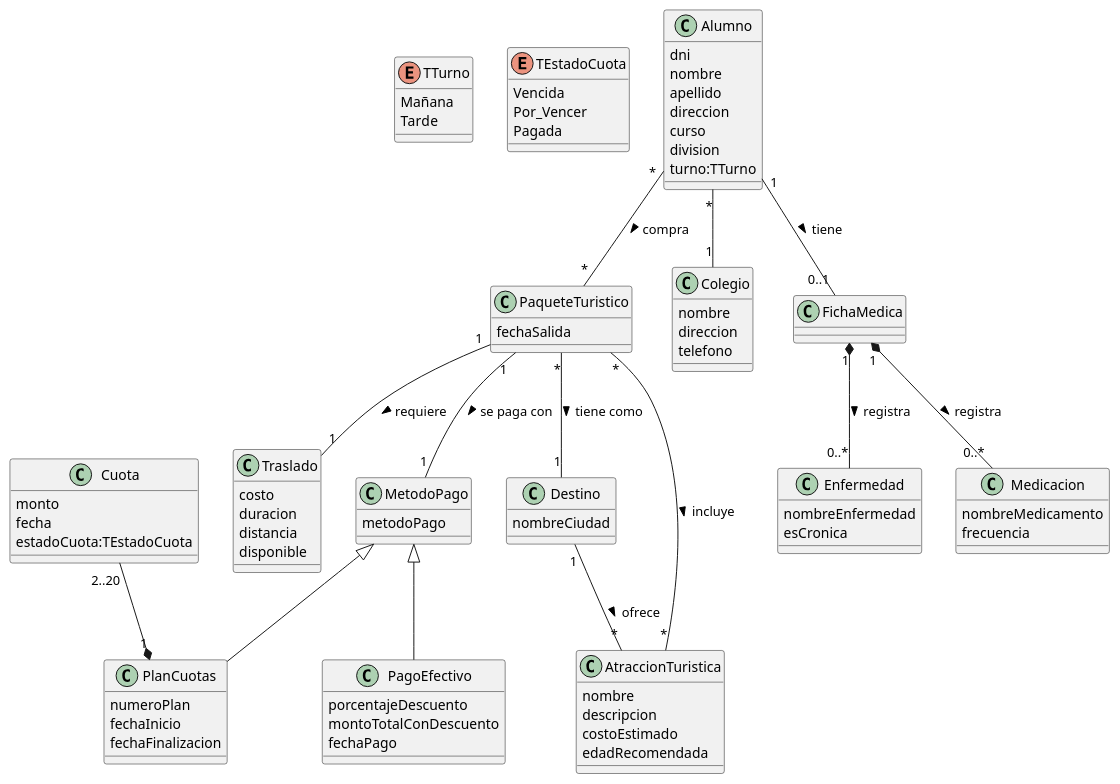
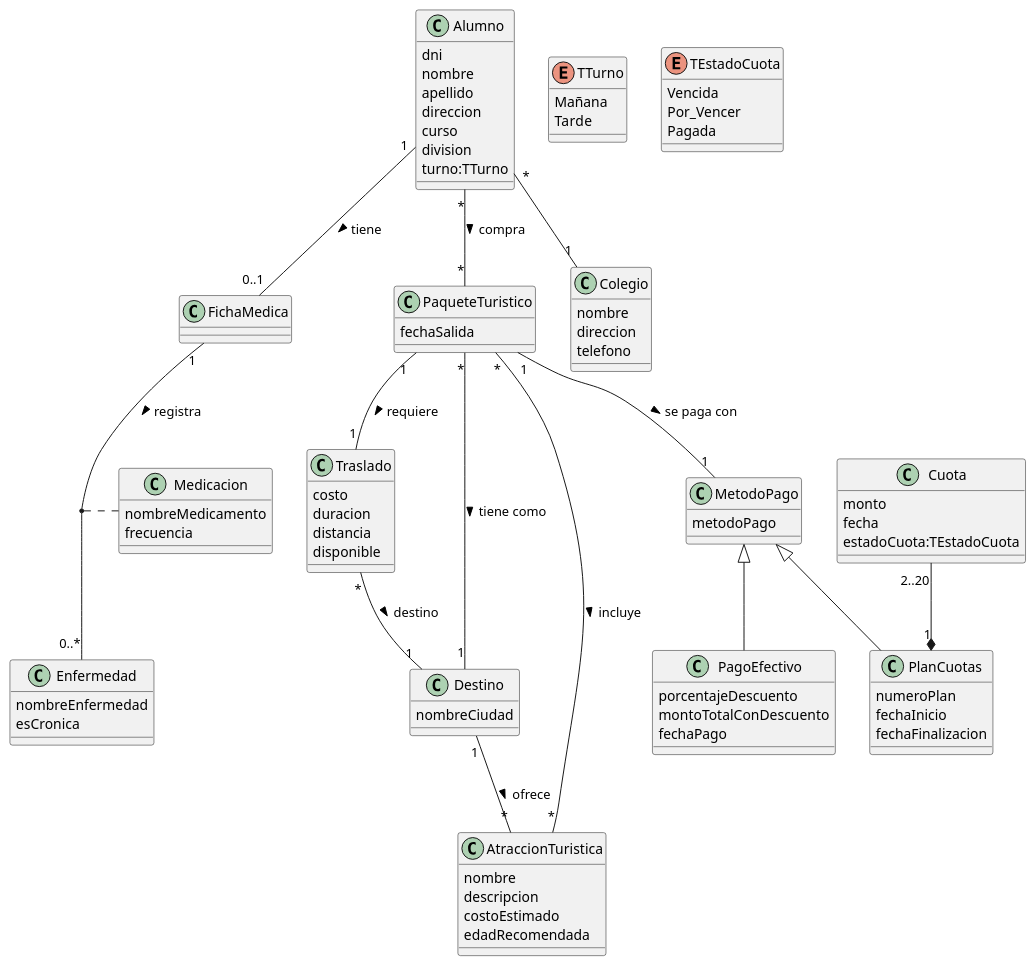
Before and after one commit to lau-luna/uni-2026: the diagram in ingenieria-de-software/practico/practico1/ejercicio-5.puml, drawn with PlantUML. The commit also changed 422 other files, not shown here.

```diff
--- a/ingenieria-de-software/practico/practico1/ejercicio-5.puml
+++ b/ingenieria-de-software/practico/practico1/ejercicio-5.puml
@@ -1,113 +1,115 @@
 @startuml
 
 enum TTurno {
   Mañana
   Tarde
 }
 
 enum TEstadoCuota {
   Vencida
   Por_Vencer
   Pagada
 }
 
 class Destino {
   nombreCiudad
 }
 
 class AtraccionTuristica {
   nombre
   descripcion
   costoEstimado
   edadRecomendada
 }
 
 Destino "1" -- "*" AtraccionTuristica : ofrece >
 
 class Traslado {
   costo
   duracion
   distancia
   disponible
 }
+
+Traslado "*" -- "1" Destino :  destino >
 
 class PaqueteTuristico {
   fechaSalida
 }
 
 PaqueteTuristico "*" -- "1" Destino : tiene como >
 PaqueteTuristico "*" -- "*" AtraccionTuristica : incluye >
 
 class MetodoPago {
   metodoPago
 }
 
 PaqueteTuristico "1" -- "1" MetodoPago : se paga con > 
 
 class PagoEfectivo {
   porcentajeDescuento
   montoTotalConDescuento
   fechaPago
 }
 
 class PlanCuotas {
   numeroPlan
   fechaInicio
   fechaFinalizacion
 }
 
 class Cuota {
   monto
   fecha
   estadoCuota:TEstadoCuota
 }
 
 Cuota "2..20" --* "1" PlanCuotas
 
 MetodoPago <|-- PlanCuotas
 MetodoPago <|-- PagoEfectivo
 
 
 PaqueteTuristico "1" -- "1" Traslado : requiere >
 
 
 class Colegio {
   nombre
   direccion
   telefono
 }
 
 class Alumno {
   dni
   nombre
   apellido
   direccion
   curso
   division
   turno:TTurno
 }
 
 Alumno "*" -- "1" Colegio
 
 
 
 class FichaMedica {
 }
 
 class Enfermedad {
   nombreEnfermedad
   esCronica
 }
 
 class Medicacion {
   nombreMedicamento
   frecuencia
 }
 
-FichaMedica "1" *-- "0..*" Enfermedad : registra >
-FichaMedica "1" *-- "0..*" Medicacion : registra >
+FichaMedica "1" -- "0..*" Enfermedad : registra >
+(FichaMedica, Enfermedad) .. Medicacion
 Alumno "1" -- "0..1" FichaMedica : tiene >
 
 
 Alumno "*" -- "*" PaqueteTuristico : compra >
 @enduml
```
